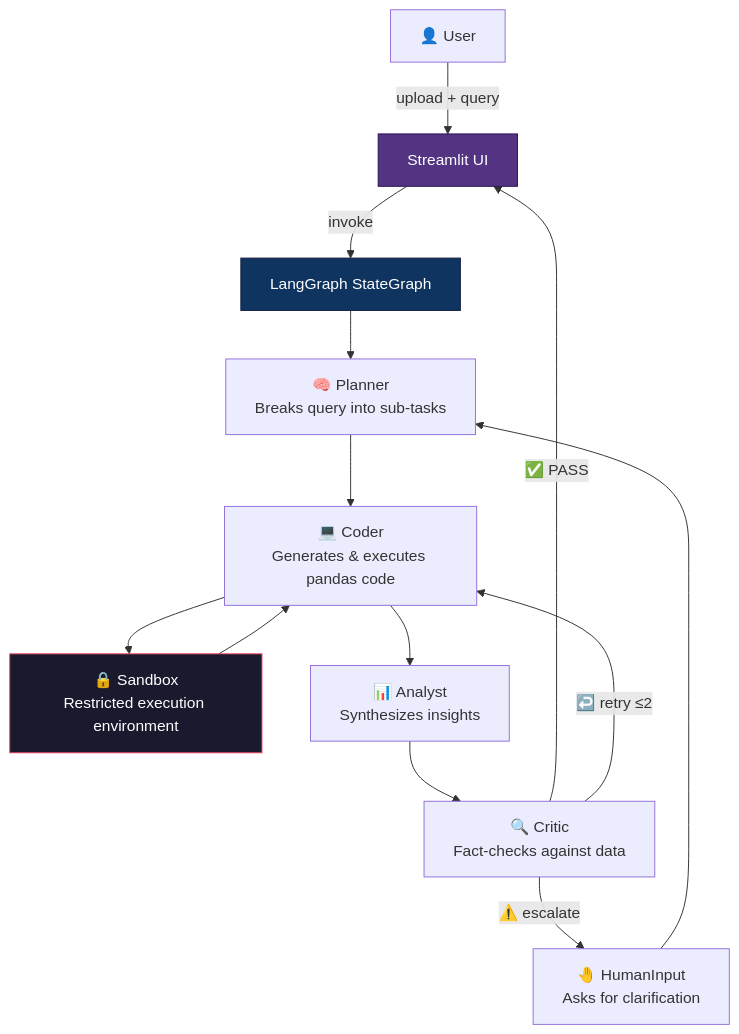
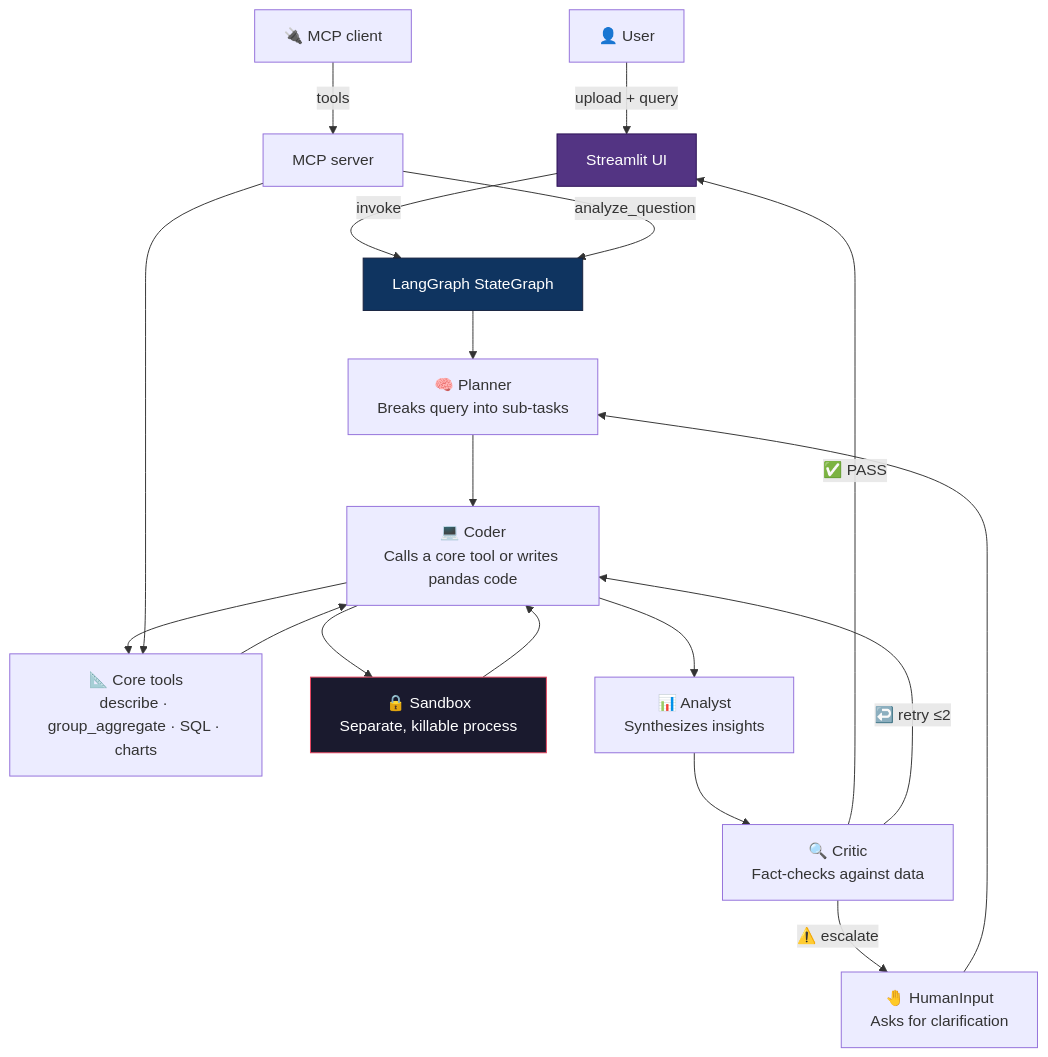
The diagram in README.md (thakursamir0000-star/multi-agent-data-analyst), drawn with Mermaid before and after one commit. The commit also changed other lines of this file and 25 other files, not shown here.

````diff
--- a/README.md
+++ b/README.md
@@ -11,21 +13,26 @@
 ```mermaid
 graph TD
     U["👤 User"] -->|upload + query| APP["Streamlit UI"]
     APP -->|invoke| GRAPH["LangGraph StateGraph"]
     
     GRAPH --> PLANNER["🧠 Planner<br/>Breaks query into sub-tasks"]
-    PLANNER --> CODER["💻 Coder<br/>Generates & executes pandas code"]
-    CODER --> SANDBOX["🔒 Sandbox<br/>Restricted execution environment"]
+    PLANNER --> CODER["💻 Coder<br/>Calls a core tool or writes pandas code"]
+    CODER --> CORE["📐 Core tools<br/>describe · group_aggregate · SQL · charts"]
+    CORE --> CODER
+    CODER --> SANDBOX["🔒 Sandbox<br/>Separate, killable process"]
     SANDBOX --> CODER
+    MCPC["🔌 MCP client"] -->|tools| MCP["MCP server"]
+    MCP --> CORE
+    MCP -->|analyze_question| GRAPH
     CODER --> ANALYST["📊 Analyst<br/>Synthesizes insights"]
     ANALYST --> CRITIC["🔍 Critic<br/>Fact-checks against data"]
     
     CRITIC -->|✅ PASS| APP
     CRITIC -->|↩️ retry ≤2| CODER
     CRITIC -->|⚠️ escalate| HUMAN["🤚 HumanInput<br/>Asks for clarification"]
     HUMAN --> PLANNER
 
     style SANDBOX fill:#1a1a2e,stroke:#e94560,color:#fff
     style GRAPH fill:#0f3460,stroke:#16213e,color:#fff
     style APP fill:#533483,stroke:#2b1055,color:#fff
 ```
````
